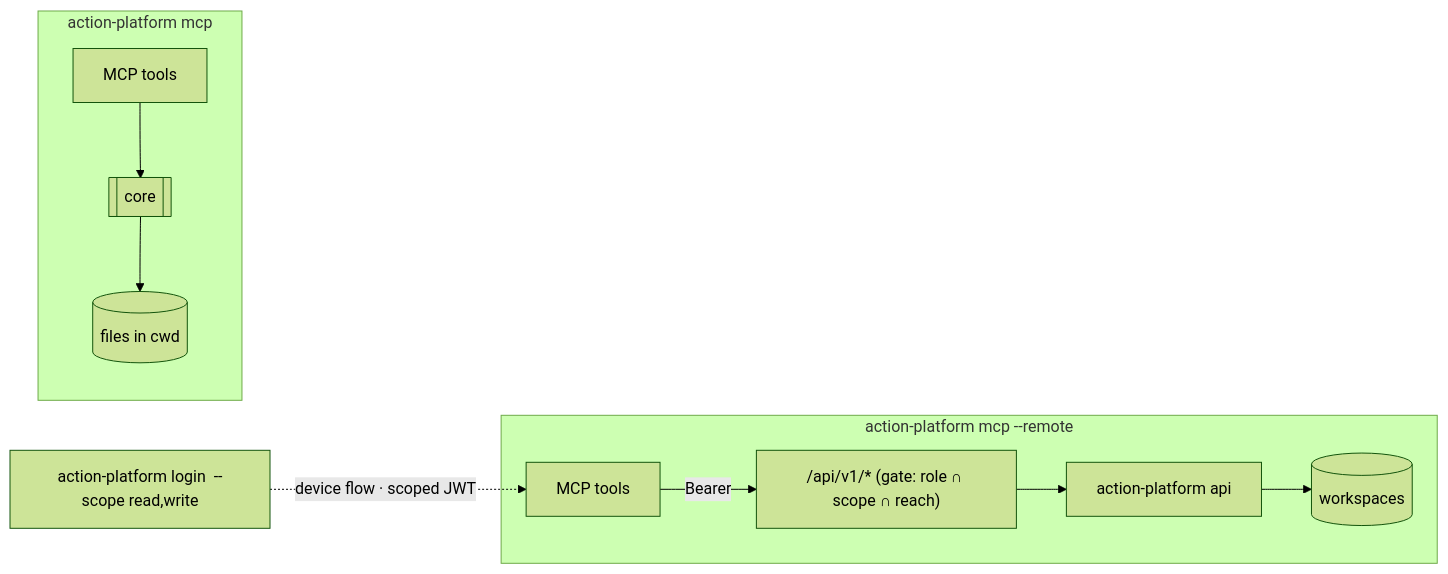
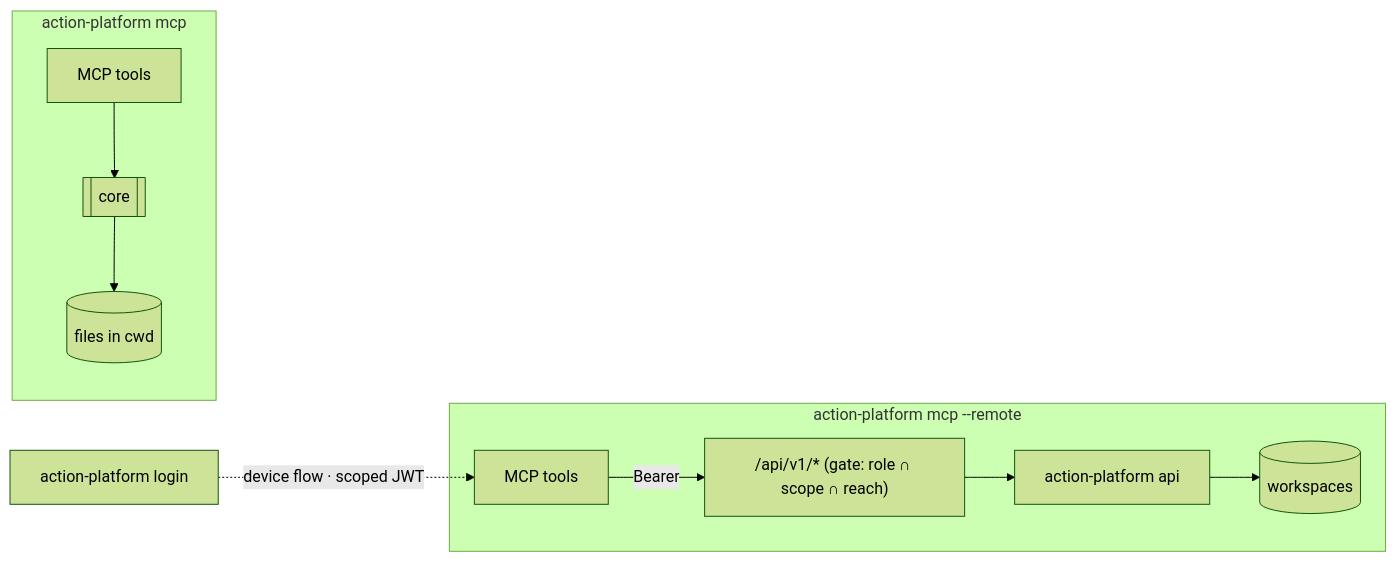
Before and after one commit to actionplatform/action-platform: the diagram in docs/use_mcp.md, drawn with Mermaid (forest theme). The commit also changed other lines of this file and 8 other files, not shown here.

Commit message:
feat(login): asks for every scope and every organization by default; the device page lists all scopes as checkboxes, pre-selected and locked by the role; --scope narrows

````diff
--- a/docs/use_mcp.md
+++ b/docs/use_mcp.md
@@ -26,10 +26,10 @@
 ```mermaid
 flowchart LR
     subgraph local["action-platform mcp"]
         L1[MCP tools] --> C1[[core]] --> F[(files in cwd)]
     end
     subgraph remote["action-platform mcp --remote"]
         L2[MCP tools] -->|Bearer| V["/api/v1/* (gate: role ∩ scope ∩ reach)"] --> API[action-platform api] --> WS[(workspaces)]
     end
-    login["action-platform login <url> --scope read,write"] -.->|device flow · scoped JWT| L2
+    login["action-platform login <url>"] -.->|device flow · scoped JWT| L2
 ```
````
